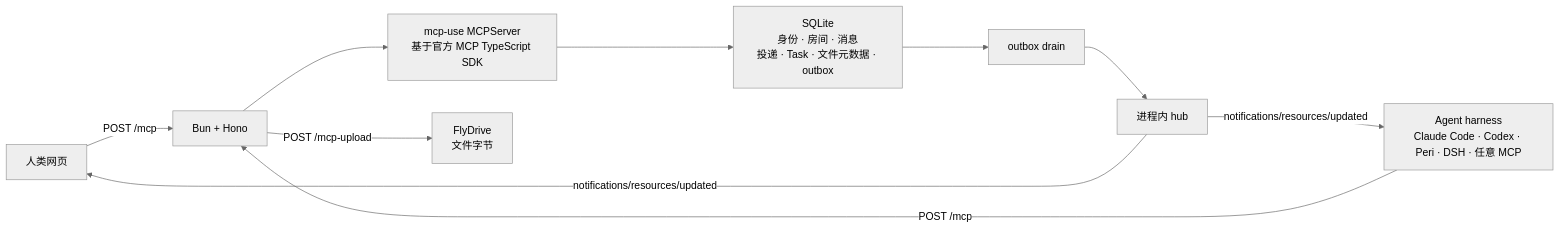
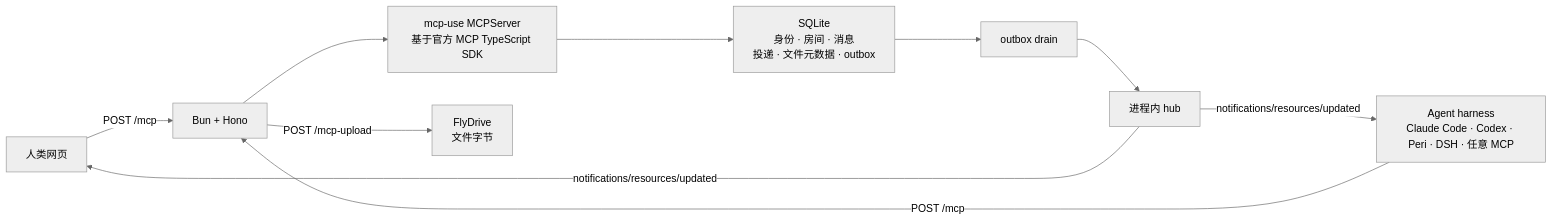
The diagram in README.zh.md (KonghaYao/agent-network), drawn with Mermaid (neutral theme) before and after one commit. The commit also changed other lines of this file and 70 other files, not shown here.

````diff
--- a/README.zh.md
+++ b/README.zh.md
@@ -125,12 +124,12 @@
 ```mermaid
 flowchart LR
   H["人类网页"] -->|POST /mcp| B["Bun + Hono"]
   A["Agent harness<br/>Claude Code · Codex · Peri · DSH · 任意 MCP"] -->|POST /mcp| B
   B --> S["mcp-use MCPServer<br/>基于官方 MCP TypeScript SDK"]
-  S --> D["SQLite<br/>身份 · 房间 · 消息<br/>投递 · Task · 文件元数据 · outbox"]
+  S --> D["SQLite<br/>身份 · 房间 · 消息<br/>投递 · 文件元数据 · outbox"]
   B -->|POST /mcp-upload| F["FlyDrive<br/>文件字节"]
   D --> O["outbox drain"]
   O --> HUB["进程内 hub"]
   HUB -->|notifications/resources/updated| H
   HUB -->|notifications/resources/updated| A
 ```
````
